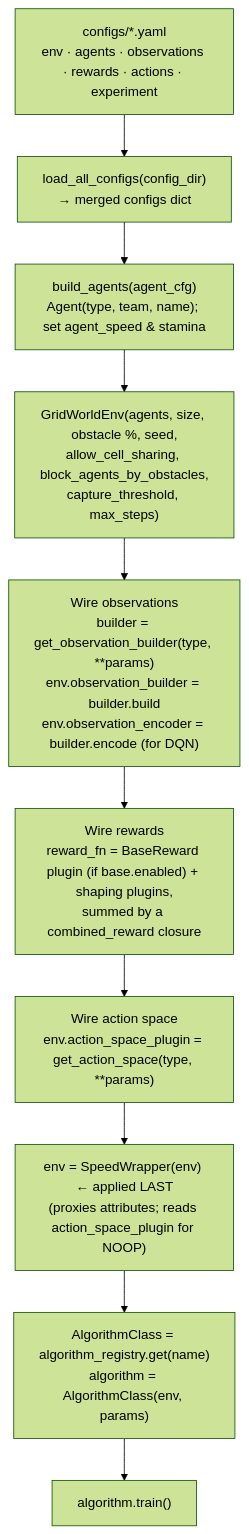
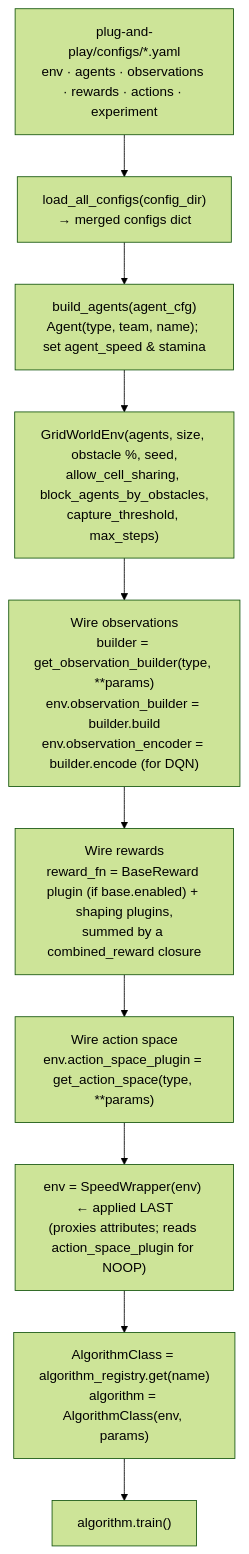
One commit to ProValarous/Predator-Prey-Archetype-Gridworld-Environment changed the diagram in docs/flows/init-flow.md. Above: the diagram before and after it, drawn with Mermaid (forest theme). The commit also changed other lines of this file and 122 other files, not shown here.

First line of the commit message:
refactor!: group runnable entry points in plug-and-play/

````diff
--- a/docs/flows/init-flow.md
+++ b/docs/flows/init-flow.md
@@ -17,12 +17,12 @@
 ```mermaid
 flowchart TB
-    Y["configs/*.yaml<br/>env · agents · observations · rewards · actions · experiment"] --> LC["load_all_configs(config_dir)<br/>→ merged configs dict"]
+    Y["plug-and-play/configs/*.yaml<br/>env · agents · observations · rewards · actions · experiment"] --> LC["load_all_configs(config_dir)<br/>→ merged configs dict"]
     LC --> BA["build_agents(agent_cfg)<br/>Agent(type, team, name); set agent_speed &amp; stamina"]
     BA --> GW["GridWorldEnv(agents, size, obstacle %, seed,<br/>allow_cell_sharing, block_agents_by_obstacles,<br/>capture_threshold, max_steps)"]
     GW --> WO["Wire observations<br/>builder = get_observation_builder(type, **params)<br/>env.observation_builder = builder.build<br/>env.observation_encoder = builder.encode (for DQN)"]
     WO --> WR["Wire rewards<br/>reward_fn = BaseReward plugin (if base.enabled) + shaping plugins,<br/>summed by a combined_reward closure"]
     WR --> WA["Wire action space<br/>env.action_space_plugin = get_action_space(type, **params)"]
     WA --> SW["env = SpeedWrapper(env) ← applied LAST<br/>(proxies attributes; reads action_space_plugin for NOOP)"]
     SW --> AL["AlgorithmClass = algorithm_registry.get(name)<br/>algorithm = AlgorithmClass(env, params)"]
     AL --> TR["algorithm.train()"]
 ```
````
